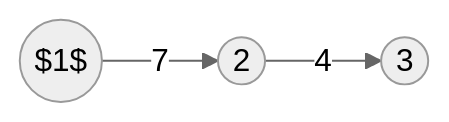
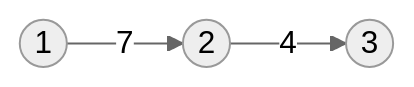
The third of 5 diagrams in _posts/2023-11-23-graph.md (almeidaraul/almeidaraul.github.io), drawn with Mermaid (neutral theme) before and after one commit. The commit also changed other lines of this file and 1 other file, not shown here.

```diff
--- a/_posts/2023-11-23-graph.md
+++ b/_posts/2023-11-23-graph.md
@@ -171,5 +171,5 @@
 {% mermaid %}
 graph LR
-    id1(($1$))  -->|7| id2((2))
+    id1((1))  -->|7| id2((2))
     id2((2))  -->|4| id3((3))
 {% endmermaid %}
```
